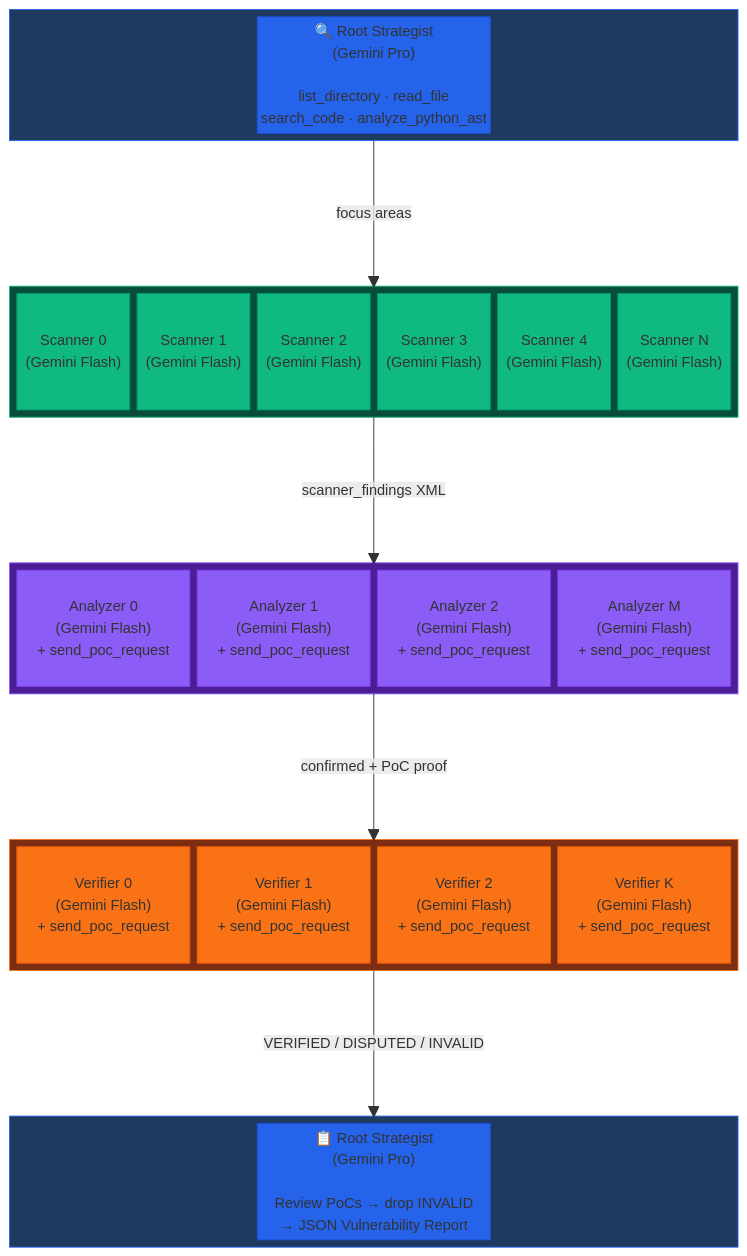
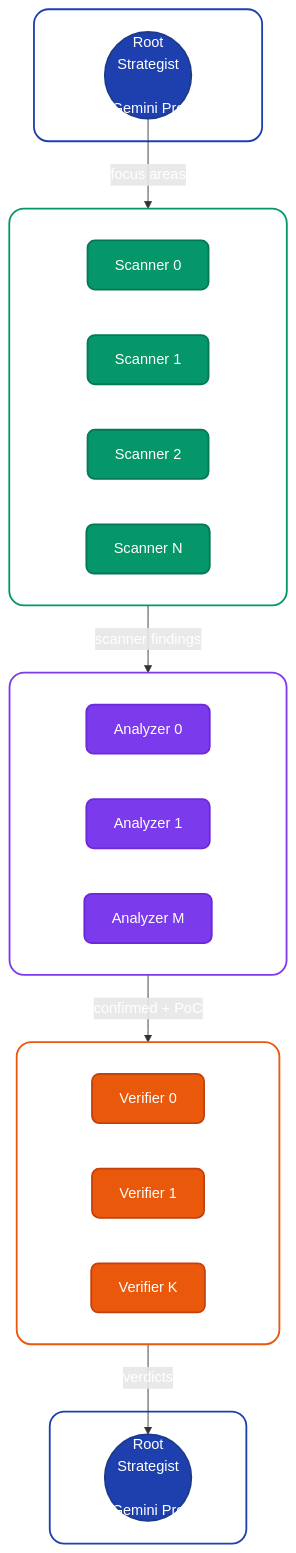
One commit to mvpzone/vuln-hawk changed the first of 3 diagrams in README.md. Above: the diagram before and after it, drawn with Mermaid. The commit also changed other lines of this file, not shown here.

Commit message:
Cleaner Mermaid diagrams with rounded nodes and phase grouping

````diff
--- a/README.md
+++ b/README.md
@@ -38,79 +38,47 @@
 ```mermaid
-block-beta
-    columns 1
+flowchart TB
+    classDef root fill:#1e40af,color:#fff,stroke:#1e3a8a,stroke-width:2px,rx:12,ry:12
+    classDef scanner fill:#059669,color:#fff,stroke:#047857,stroke-width:2px,rx:8,ry:8
+    classDef analyzer fill:#7c3aed,color:#fff,stroke:#6d28d9,stroke-width:2px,rx:8,ry:8
+    classDef verifier fill:#ea580c,color:#fff,stroke:#c2410c,stroke-width:2px,rx:8,ry:8
+    classDef data fill:#0f172a,color:#94a3b8,stroke:#334155,stroke-width:1px
+    classDef phase fill:none,stroke:#475569,stroke-width:1px,stroke-dasharray:5 5
 
-    block:phase1:1
-        columns 3
-        space
-        ROOT["🔍 Root Strategist\n(Gemini Pro)\n\nlist_directory · read_file\nsearch_code · analyze_python_ast"]
-        space
+    subgraph P1["PHASE 1 — RECONNAISSANCE"]
+        ROOT(("Root\nStrategist\n\nGemini Pro")):::root
     end
 
-    space
-
-    block:phase2:1
-        columns 6
-        S0["Scanner 0\n(Gemini Flash)"]
-        S1["Scanner 1\n(Gemini Flash)"]
-        S2["Scanner 2\n(Gemini Flash)"]
-        S3["Scanner 3\n(Gemini Flash)"]
-        S4["Scanner 4\n(Gemini Flash)"]
-        S5["Scanner N\n(Gemini Flash)"]
+    subgraph P2["PHASE 2 — SCANNING  ·  N agents (1–6)"]
+        S0[Scanner 0]:::scanner
+        S1[Scanner 1]:::scanner
+        S2[Scanner 2]:::scanner
+        SN[Scanner N]:::scanner
     end
 
-    space
-
-    block:phase3:1
-        columns 4
-        A0["Analyzer 0\n(Gemini Flash)\n+ send_poc_request"]
-        A1["Analyzer 1\n(Gemini Flash)\n+ send_poc_request"]
-        A2["Analyzer 2\n(Gemini Flash)\n+ send_poc_request"]
-        A3["Analyzer M\n(Gemini Flash)\n+ send_poc_request"]
+    subgraph P3["PHASE 3 — DEEP ANALYSIS  ·  M agents"]
+        A0[Analyzer 0]:::analyzer
+        A1[Analyzer 1]:::analyzer
+        AM[Analyzer M]:::analyzer
     end
 
-    space
-
-    block:phase4:1
-        columns 4
-        V0["Verifier 0\n(Gemini Flash)\n+ send_poc_request"]
-        V1["Verifier 1\n(Gemini Flash)\n+ send_poc_request"]
-        V2["Verifier 2\n(Gemini Flash)\n+ send_poc_request"]
-        V3["Verifier K\n(Gemini Flash)\n+ send_poc_request"]
+    subgraph P4["PHASE 4 — VERIFICATION  ·  K agents"]
+        V0[Verifier 0]:::verifier
+        V1[Verifier 1]:::verifier
+        VK[Verifier K]:::verifier
     end
 
-    space
-
-    block:phase5:1
-        columns 3
-        space
-        REPORT["📋 Root Strategist\n(Gemini Pro)\n\nReview PoCs → drop INVALID\n→ JSON Vulnerability Report"]
-        space
+    subgraph P5["PHASE 5 — FINAL REPORT"]
+        REPORT(("Root\nStrategist\n\nGemini Pro")):::root
     end
 
-    phase1 -- "focus areas" --> phase2
-    phase2 -- "scanner_findings XML" --> phase3
-    phase3 -- "confirmed + PoC proof" --> phase4
-    phase4 -- "VERIFIED / DISPUTED / INVALID" --> phase5
+    ROOT -- "focus areas" --> P2
+    P2 -- "scanner findings" --> P3
+    P3 -- "confirmed + PoC" --> P4
+    P4 -- "verdicts" --> REPORT
 
-    style phase1 fill:#1e3a5f,color:#fff,stroke:#2563eb
-    style phase2 fill:#064e3b,color:#fff,stroke:#10b981
-    style phase3 fill:#4c1d95,color:#fff,stroke:#8b5cf6
-    style phase4 fill:#7c2d12,color:#fff,stroke:#f97316
-    style phase5 fill:#1e3a5f,color:#fff,stroke:#2563eb
-    style ROOT fill:#2563eb,color:#fff,stroke:#1d4ed8
-    style REPORT fill:#2563eb,color:#fff,stroke:#1d4ed8
-    style S0 fill:#10b981,color:#fff,stroke:#059669
-    style S1 fill:#10b981,color:#fff,stroke:#059669
-    style S2 fill:#10b981,color:#fff,stroke:#059669
-    style S3 fill:#10b981,color:#fff,stroke:#059669
-    style S4 fill:#10b981,color:#fff,stroke:#059669
-    style S5 fill:#10b981,color:#fff,stroke:#059669
-    style A0 fill:#8b5cf6,color:#fff,stroke:#7c3aed
-    style A1 fill:#8b5cf6,color:#fff,stroke:#7c3aed
-    style A2 fill:#8b5cf6,color:#fff,stroke:#7c3aed
-    style A3 fill:#8b5cf6,color:#fff,stroke:#7c3aed
-    style V0 fill:#f97316,color:#fff,stroke:#ea580c
-    style V1 fill:#f97316,color:#fff,stroke:#ea580c
-    style V2 fill:#f97316,color:#fff,stroke:#ea580c
-    style V3 fill:#f97316,color:#fff,stroke:#ea580c
+    style P1 fill:none,stroke:#1e40af,stroke-width:2px,rx:16,ry:16
+    style P2 fill:none,stroke:#059669,stroke-width:2px,rx:16,ry:16
+    style P3 fill:none,stroke:#7c3aed,stroke-width:2px,rx:16,ry:16
+    style P4 fill:none,stroke:#ea580c,stroke-width:2px,rx:16,ry:16
+    style P5 fill:none,stroke:#1e40af,stroke-width:2px,rx:16,ry:16
 ```
````
